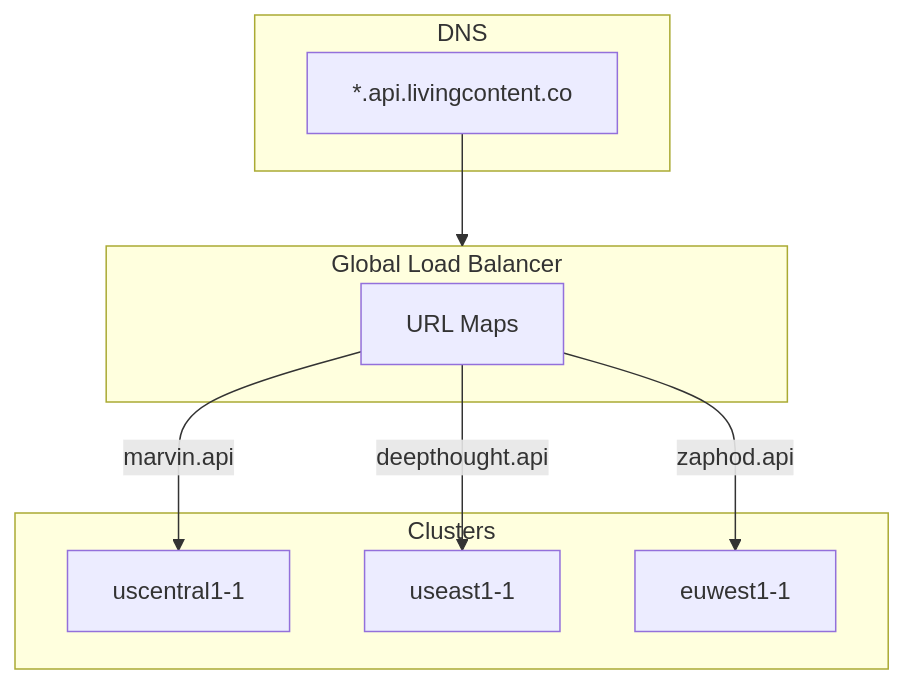
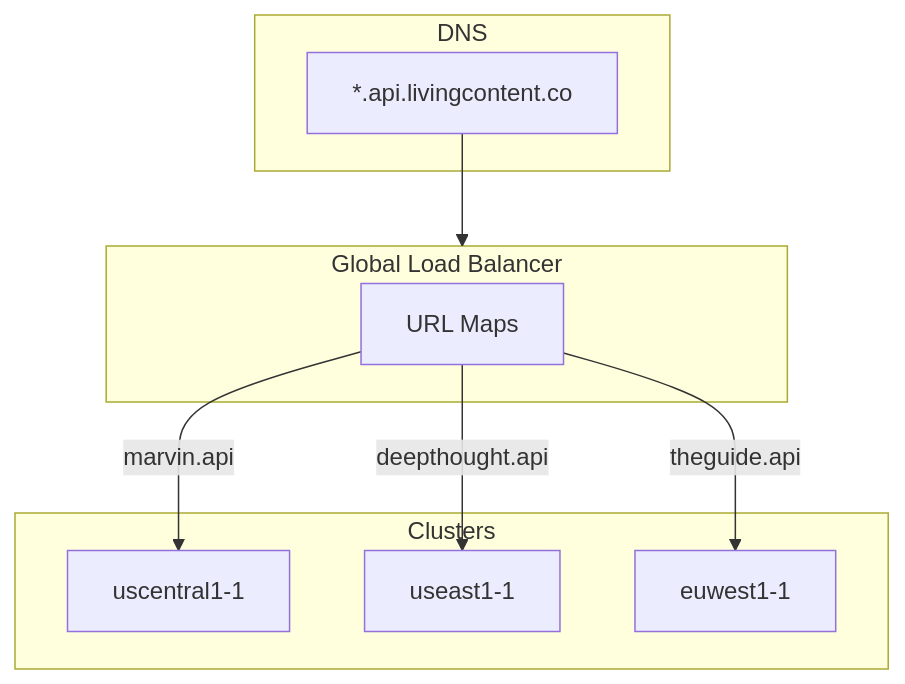
One commit to Living-Content/living-content-architecture changed the sixth of 7 diagrams in networking.md. Above: the diagram before and after it, drawn with Mermaid. The commit also changed 2 other files, not shown here.

Commit message:
Minor naming and formatting tweaks

````diff
--- a/networking.md
+++ b/networking.md
@@ -272,21 +272,21 @@
 ```mermaid
 flowchart TB
     subgraph dns["DNS"]
         WILDCARD["*.api.livingcontent.co"]
     end
 
     subgraph glb["Global Load Balancer"]
         URLMAP["URL Maps"]
     end
 
     subgraph clusters["Clusters"]
         C1["uscentral1-1"]
         C2["useast1-1"]
         C3["euwest1-1"]
     end
 
     WILDCARD --> glb
     URLMAP -->|"marvin.api"| C1
     URLMAP -->|"deepthought.api"| C2
-    URLMAP -->|"zaphod.api"| C3
+    URLMAP -->|"theguide.api"| C3
 ```
````
